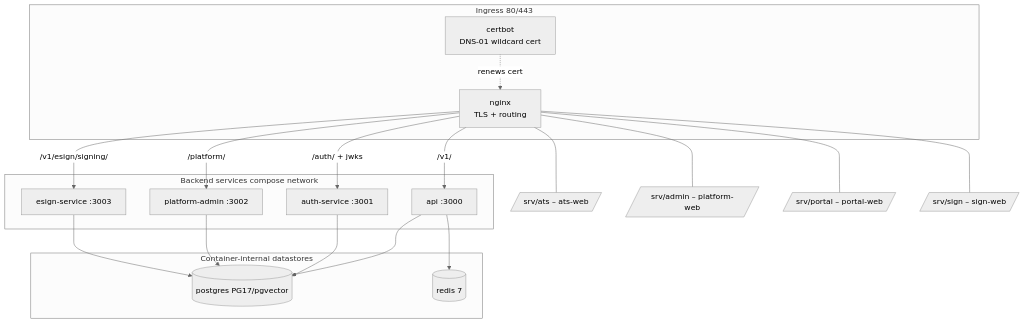
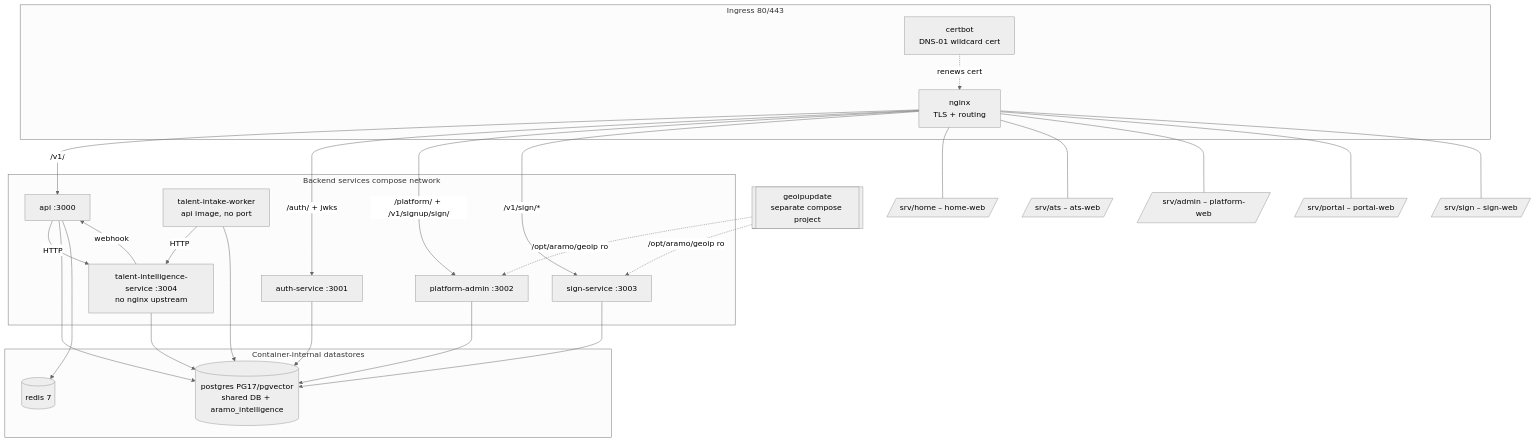
Before and after one commit to astreinc/aramo-platform: the first of 2 diagrams in doc/recon/as-built/D01-system-context-topology.md, drawn with Mermaid (neutral theme). The commit also changed other lines of this file and 59 other files, not shown here.

````diff
--- a/doc/recon/as-built/D01-system-context-topology.md
+++ b/doc/recon/as-built/D01-system-context-topology.md
@@ -117,36 +174,48 @@
 ```mermaid
 flowchart TB
   subgraph edge[Ingress 80/443]
     nginx[nginx<br/>TLS + routing]
     certbot[certbot<br/>DNS-01 wildcard cert]
   end
   subgraph svc[Backend services compose network]
     api[api :3000]
+    worker[talent-intake-worker<br/>api image, no port]
     auth[auth-service :3001]
     padmin[platform-admin :3002]
-    esign[esign-service :3003]
+    sign[sign-service :3003]
+    ti[talent-intelligence-service :3004<br/>no nginx upstream]
   end
   subgraph data[Container-internal datastores]
-    pg[(postgres PG17/pgvector)]
+    pg[(postgres PG17/pgvector<br/>shared DB + aramo_intelligence)]
     redis[(redis 7)]
   end
+  geoip[[geoipupdate<br/>separate compose project]]
+  spa_home[/srv/home – home-web/]
   spa_ats[/srv/ats – ats-web/]
   spa_admin[/srv/admin – platform-web/]
   spa_portal[/srv/portal – portal-web/]
   spa_sign[/srv/sign – sign-web/]
 
   nginx -->|/v1/| api
   nginx -->|/auth/ + jwks| auth
-  nginx -->|/platform/| padmin
-  nginx -->|/v1/esign/signing/| esign
+  nginx -->|/platform/ + /v1/signup/sign/| padmin
+  nginx -->|/v1/sign/*| sign
+  nginx --- spa_home
   nginx --- spa_ats
   nginx --- spa_admin
   nginx --- spa_portal
   nginx --- spa_sign
   certbot -. renews cert .-> nginx
+  api -->|HTTP| ti
+  worker -->|HTTP| ti
+  ti -->|webhook| api
   api --> pg
   api --> redis
+  worker --> pg
   auth --> pg
   padmin --> pg
-  esign --> pg
+  sign --> pg
+  ti --> pg
+  geoip -. /opt/aramo/geoip ro .-> padmin
+  geoip -. /opt/aramo/geoip ro .-> sign
 ```
````
